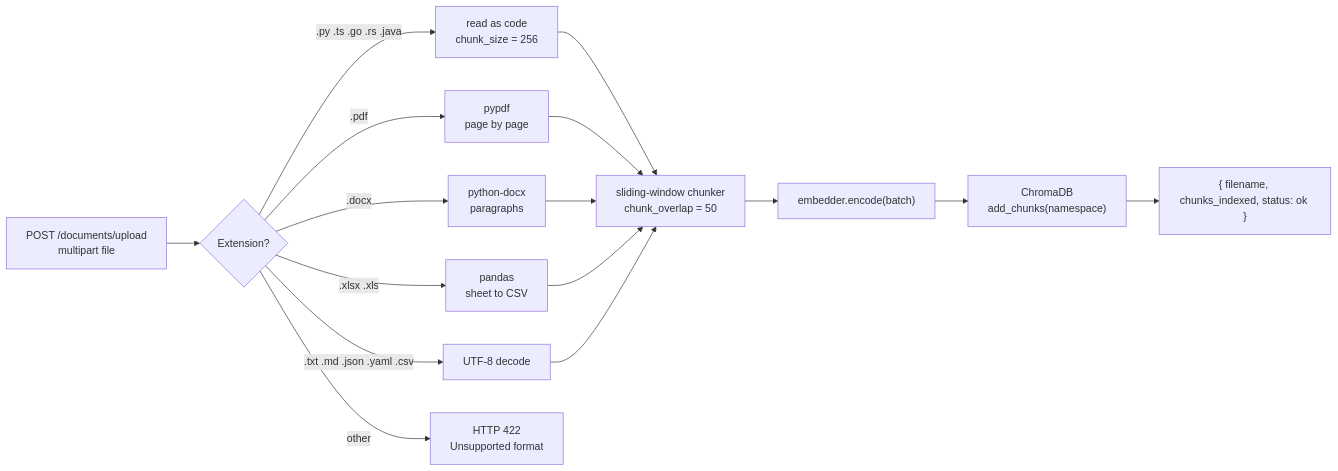
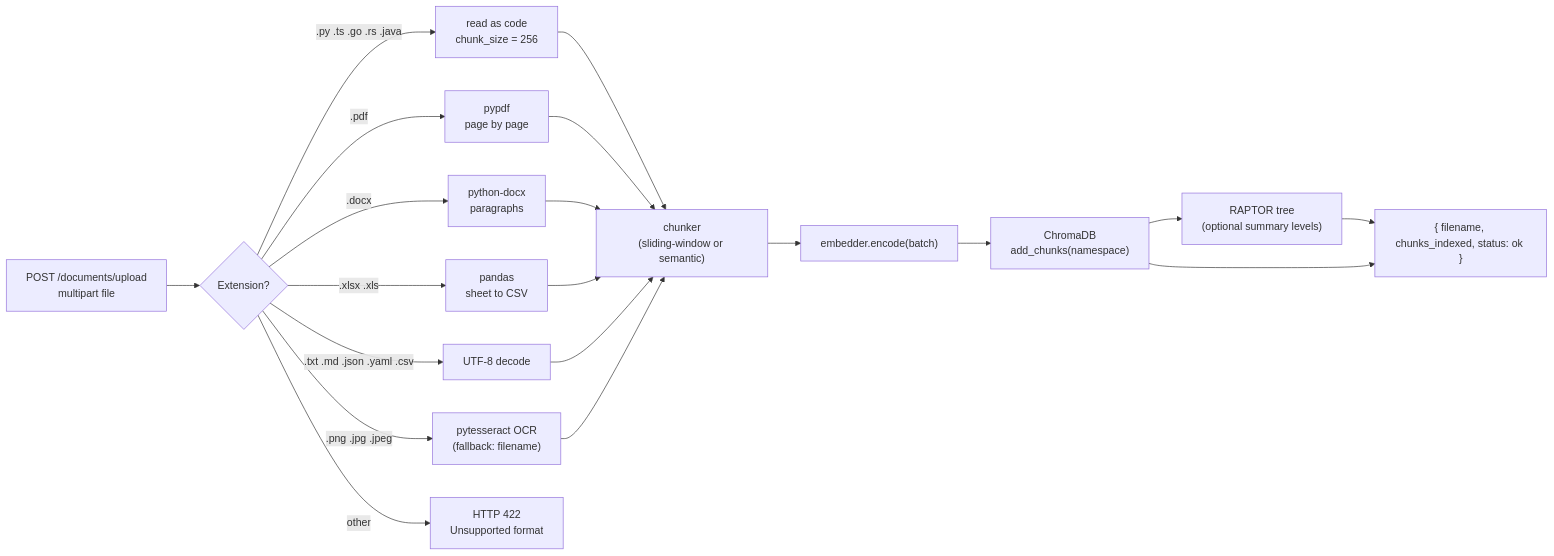
The third of 4 diagrams in README.md (EfrainGaray/ragcore), drawn with Mermaid before and after one commit. The commit also changed other lines of this file, not shown here.

````diff
--- a/README.md
+++ b/README.md
@@ -107,17 +202,19 @@
 ```mermaid
 flowchart LR
     Upload["POST /documents/upload<br/>multipart file"] --> Detect
 
     Detect{Extension?}
     Detect -- .py .ts .go .rs .java --> CodeRead["read as code<br/>chunk_size = 256"]
     Detect -- .pdf --> PDF["pypdf<br/>page by page"]
     Detect -- .docx --> DOCX["python-docx<br/>paragraphs"]
     Detect -- .xlsx .xls --> XLSX["pandas<br/>sheet to CSV"]
     Detect -- .txt .md .json .yaml .csv --> Text["UTF-8 decode"]
+    Detect -- .png .jpg .jpeg --> IMG["pytesseract OCR<br/>(fallback: filename)"]
     Detect -- other --> Error["HTTP 422<br/>Unsupported format"]
 
-    CodeRead & PDF & DOCX & XLSX & Text --> Chunk["sliding-window chunker<br/>chunk_overlap = 50"]
+    CodeRead & PDF & DOCX & XLSX & Text & IMG --> Chunk["chunker<br/>(sliding-window or semantic)"]
     Chunk --> Embed2["embedder.encode(batch)"]
     Embed2 --> Store["ChromaDB<br/>add_chunks(namespace)"]
-    Store --> Response["{ filename, chunks_indexed, status: ok }"]
+    Store --> RAPTOR["RAPTOR tree<br/>(optional summary levels)"]
+    RAPTOR & Store --> Response["{ filename, chunks_indexed, status: ok }"]
 ```
````
